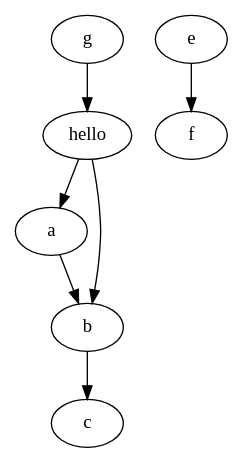
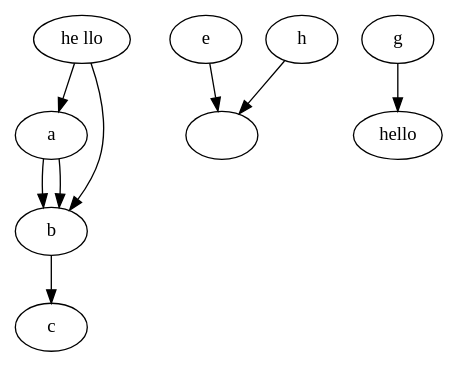
One commit to payalmantri/CS598-ML4SE-codeql changed the diagram in post-processing/test-graphviz.dot. Above: the diagram before and after it, drawn with Graphviz. The commit also changed 42 other files, not shown here.

```diff
--- a/post-processing/test-graphviz.dot
+++ b/post-processing/test-graphviz.dot
@@ -1,8 +1,10 @@
 digraph {
 a -> b
+a -> b
 b -> c
-hello -> b
-hello -> a
-e -> f
+"he llo" -> b
+"he llo" -> a
+e -> " "
+h -> " "
 g -> hello
 }
```
